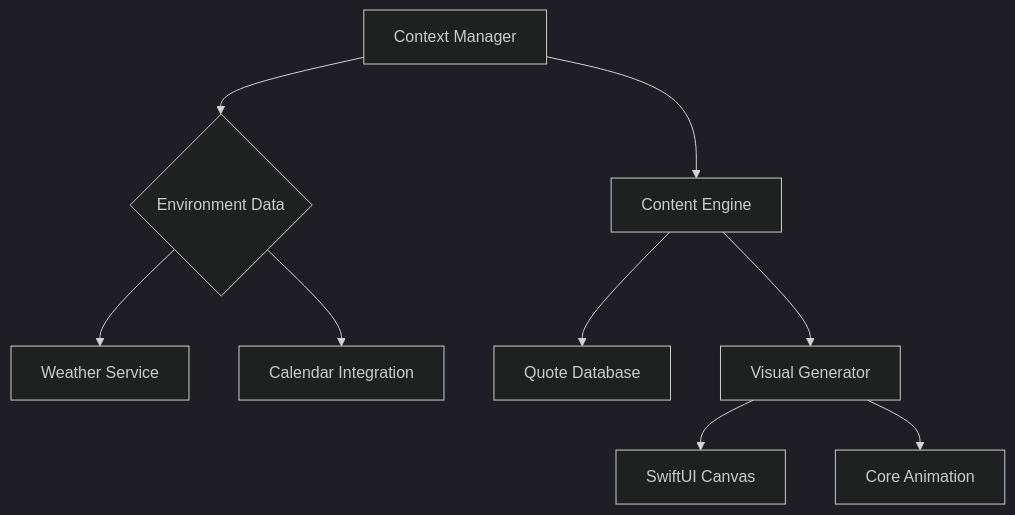
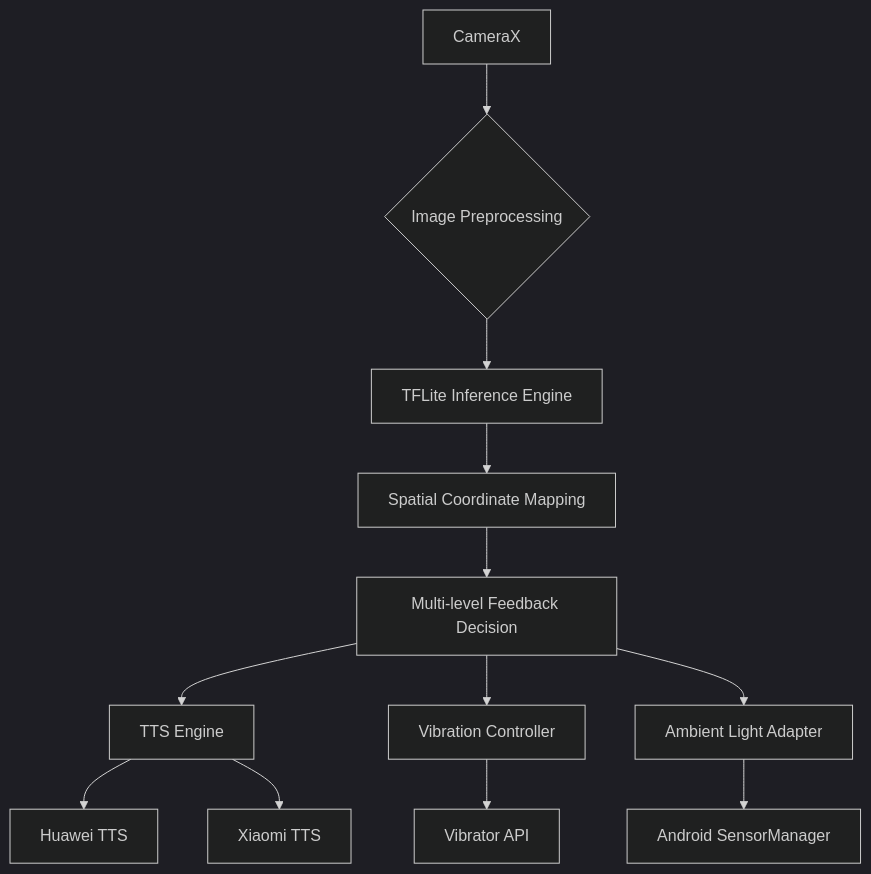
One commit to RUV2005/RUV2005 changed the diagram in README.md. Above: the diagram before and after it, drawn with Mermaid (dark theme). The commit also changed other lines of this file, not shown here.

````diff
--- a/README.md
+++ b/README.md
@@ -53,11 +51,14 @@
 ```mermaid
 graph TD
-    A[Context Manager] --> B{Environment Data}
-    B --> C[Weather Service]
-    B --> D[Calendar Integration]
-    A --> E[Content Engine]
-    E --> F[Quote Database]
-    E --> G[Visual Generator]
-    G --> H[SwiftUI Canvas]
-    G --> I[Core Animation]
+    A[CameraX] --> B{Image Preprocessing}
+    B --> C[TFLite Inference Engine]
+    C --> D[Spatial Coordinate Mapping]
+    D --> E[Multi-level Feedback Decision]
+    E --> F[TTS Engine]
+    E --> G[Vibration Controller]
+    E --> H[Ambient Light Adapter]
+    H --> I[Android SensorManager]
+    G --> J[Vibrator API]
+    F --> K[Huawei TTS]
+    F --> L[Xiaomi TTS]
 ```
````
